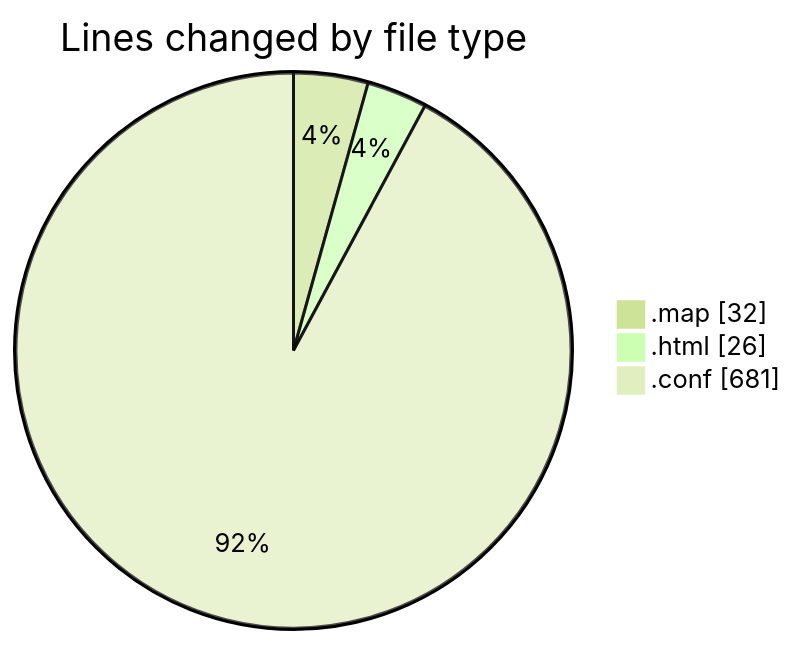
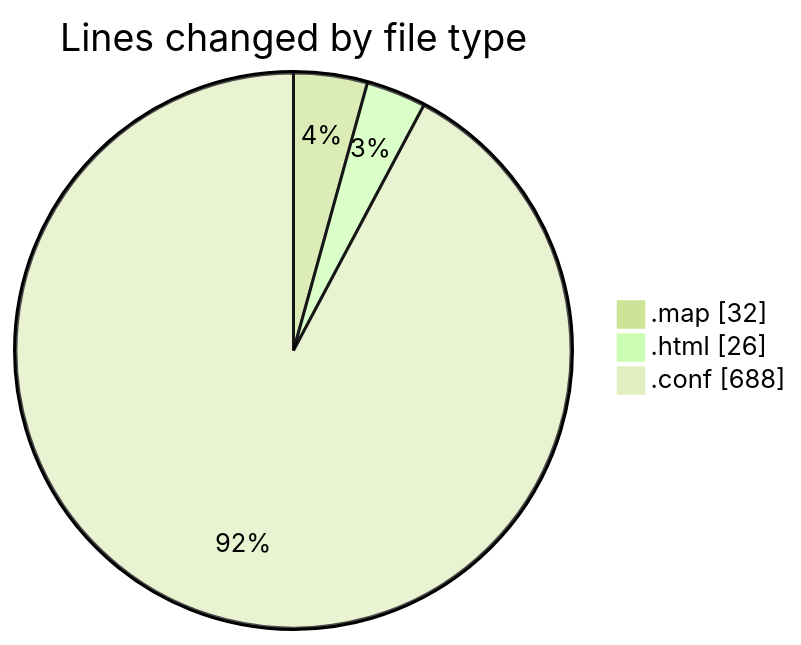
One commit to LanceThiago/code-tracking changed the first of 2 diagrams in 2025-03-19/energis/README.md. Above: the diagram before and after it, drawn with Mermaid (forest theme). The commit also changed other lines of this file and 1 other file, not shown here.

````diff
--- a/2025-03-19/energis/README.md
+++ b/2025-03-19/energis/README.md
@@ -22,7 +22,7 @@
 ```mermaid
 pie showData
 title Lines changed by file type
 ".map" : 32
 ".html" : 26
-".conf" : 681
+".conf" : 688
 ```
````
